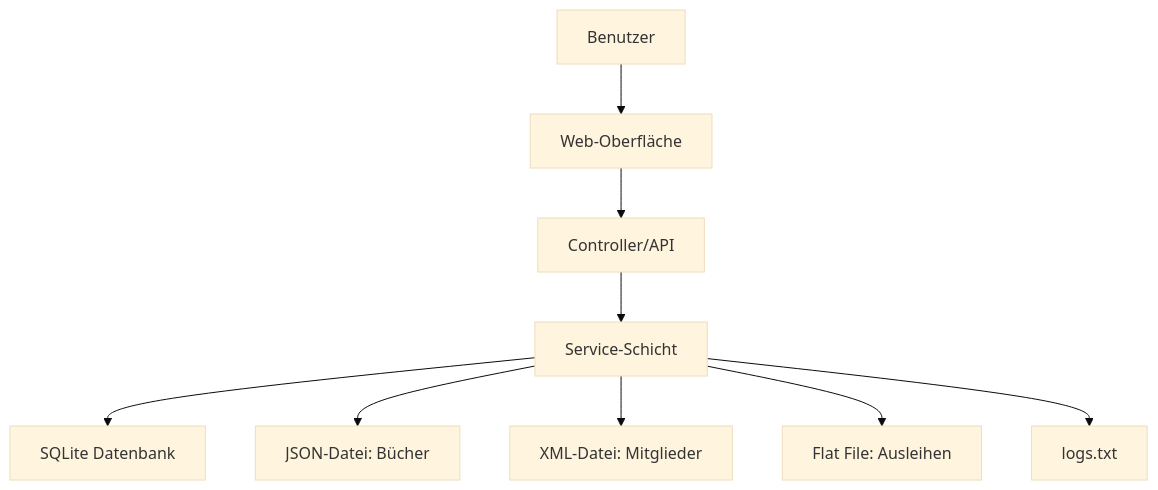
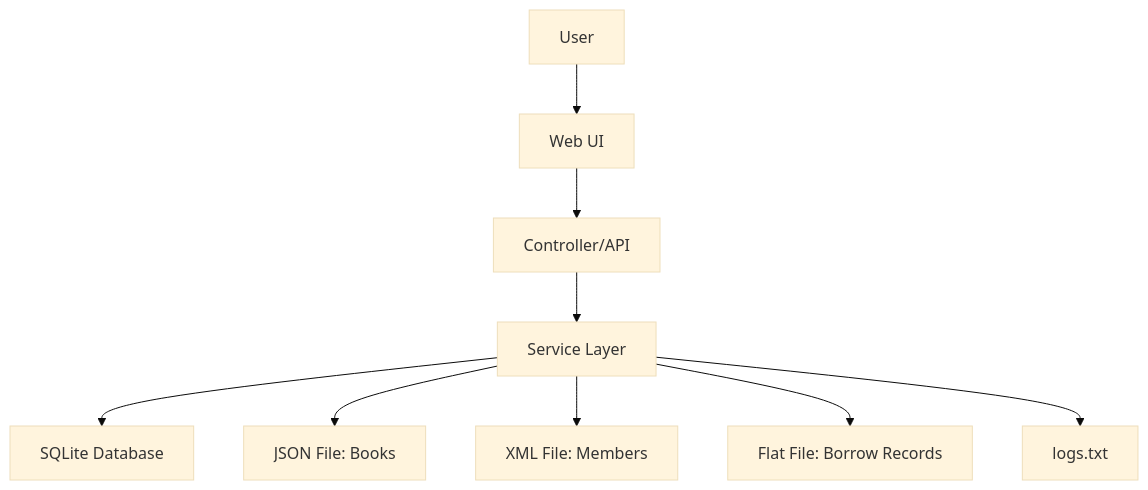
Before and after one commit to tbuckow/project_documentation: the diagram in data-flow.md, drawn with Mermaid (base theme). The commit also changed other lines of this file and 6 other files, not shown here.

````diff
--- a/data-flow.md
+++ b/data-flow.md
@@ -7,21 +7,21 @@
 ```mermaid
 flowchart TD
-    User[Benutzer]
-    UI[Web-Oberfläche]
+    User[User]
+    UI[Web UI]
     API[Controller/API]
-    Service[Service-Schicht]
-    JSON[JSON-Datei: Bücher]
-    XML[XML-Datei: Mitglieder]
-    Flat[Flat File: Ausleihen]
-    DB[SQLite Datenbank]
+    Service[Service Layer]
+    JSON[JSON File: Books]
+    XML[XML File: Members]
+    Flat[Flat File: Borrow Records]
+    DB[SQLite Database]
     Log[logs.txt]
 
     User --> UI
     UI --> API
     API --> Service
     Service --> DB
     Service --> JSON
     Service --> XML
     Service --> Flat
     Service --> Log
 ```
````
